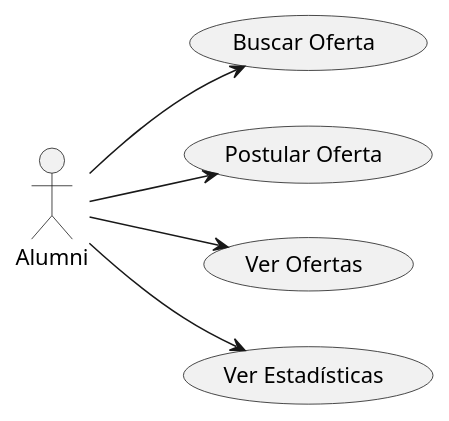
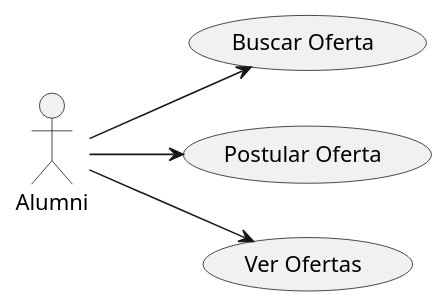
Before and after one commit to mmasias/24-25-IdSw1-SDR: the diagram in modelosUML/CasosDeUso/diagramas/DiagramasActoresYCasos/DiagramaAlumni.puml, drawn with PlantUML. The commit also changed 2 other files, not shown here.

```diff
--- a/modelosUML/CasosDeUso/diagramas/DiagramasActoresYCasos/DiagramaAlumni.puml
+++ b/modelosUML/CasosDeUso/diagramas/DiagramasActoresYCasos/DiagramaAlumni.puml
@@ -1,15 +1,13 @@
 @startuml
 left to right direction
 
 usecase "Buscar Oferta" as BuscarOferta
 usecase "Postular Oferta" as PostularOferta
 usecase "Ver Ofertas" as VerOfertas
-usecase "Ver Estadísticas" as VerEstadisticas
 
 
 
 Alumni --> BuscarOferta
 Alumni --> PostularOferta
 Alumni --> VerOfertas
-Alumni --> VerEstadisticas
 @enduml
```
